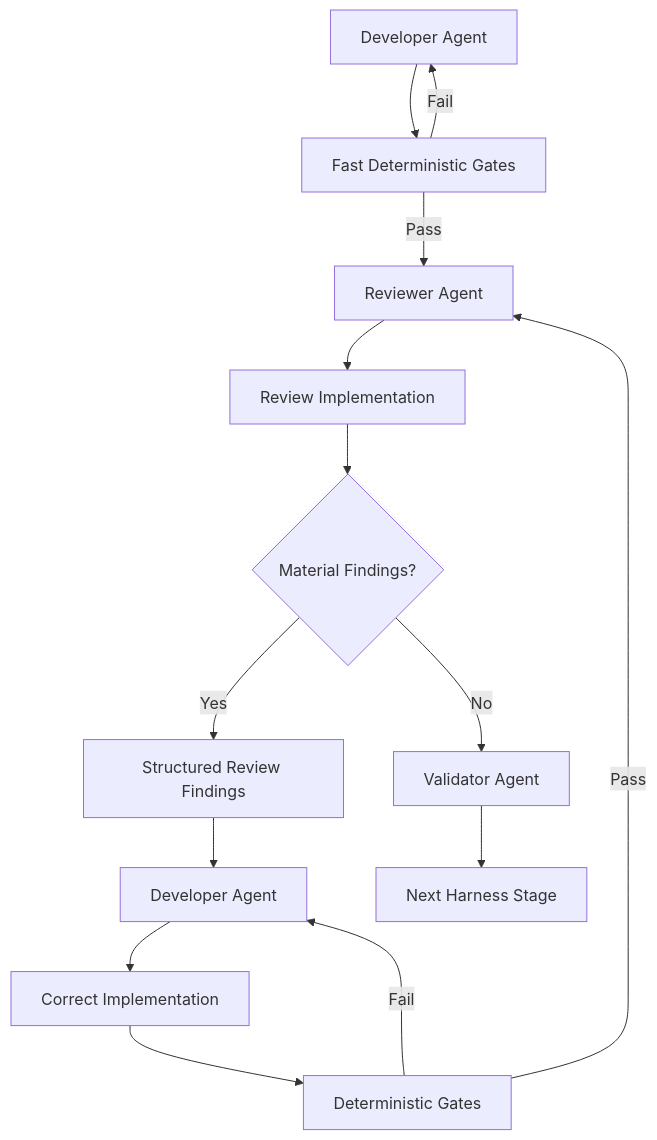
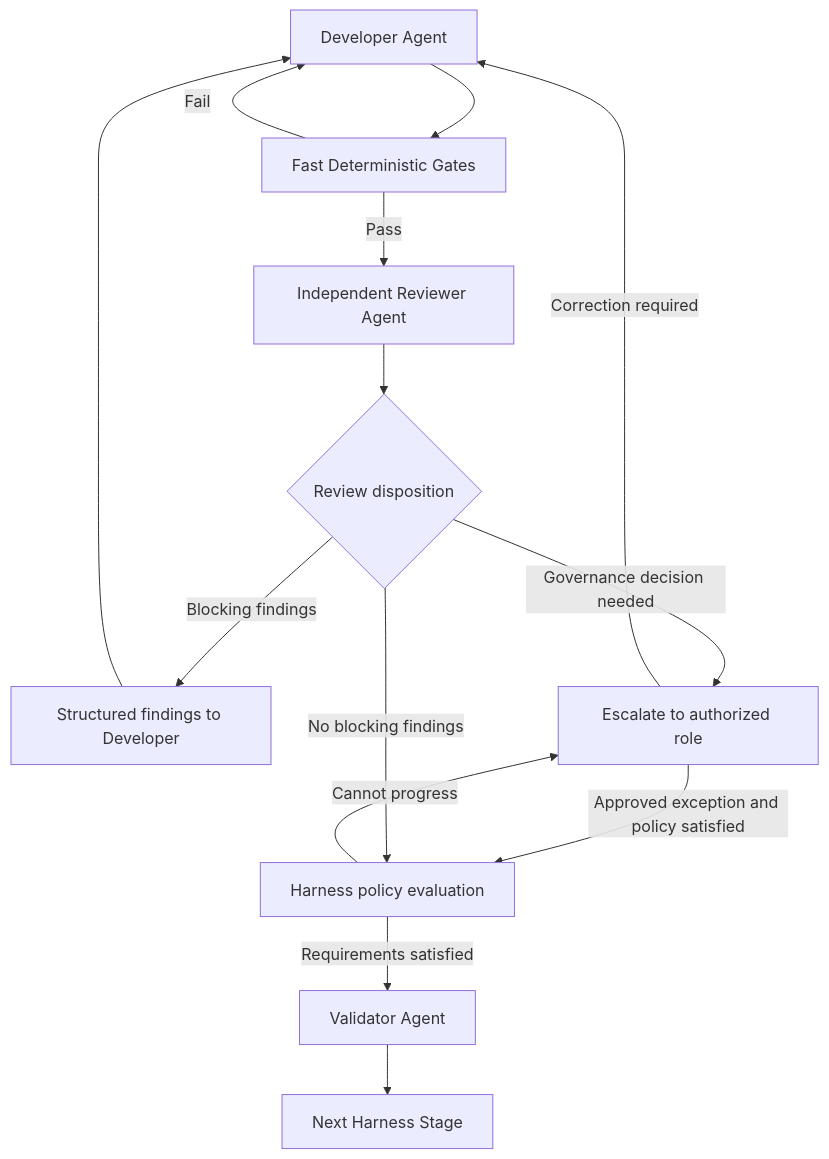
One commit to sheikh-zeeshan/Enterprise-AI-Engineering-Handbook changed the first of 5 diagrams in book/16-reviewer-agent.md. Above: the diagram before and after it, drawn with Mermaid. The commit also changed other lines of this file and 49 other files, not shown here.

````diff
--- a/book/16-reviewer-agent.md
+++ b/book/16-reviewer-agent.md
@@ -1134,21 +1137,16 @@
 ```mermaid
 flowchart TD
     D[Developer Agent] --> G[Fast Deterministic Gates]
     G -->|Fail| D
-    G -->|Pass| R[Reviewer Agent]
-
-    R --> RI[Review Implementation]
-    RI --> F{Material Findings?}
-
-    F -->|No| V[Validator Agent]
-    F -->|Yes| RF[Structured Review Findings]
-
-    RF --> D2[Developer Agent]
-    D2 --> C[Correct Implementation]
-    C --> G2[Deterministic Gates]
-
-    G2 -->|Fail| D2
-    G2 -->|Pass| R
-
+    G -->|Pass| R[Independent Reviewer Agent]
+    R --> F{Review disposition}
+    F -->|Blocking findings| H[Structured findings to Developer]
+    H --> D
+    F -->|Governance decision needed| E[Escalate to authorized role]
+    E -->|Correction required| D
+    E -->|Approved exception and policy satisfied| P[Harness policy evaluation]
+    F -->|No blocking findings| P
+    P -->|Requirements satisfied| V[Validator Agent]
+    P -->|Cannot progress| E
     V --> N[Next Harness Stage]
 ```
````
